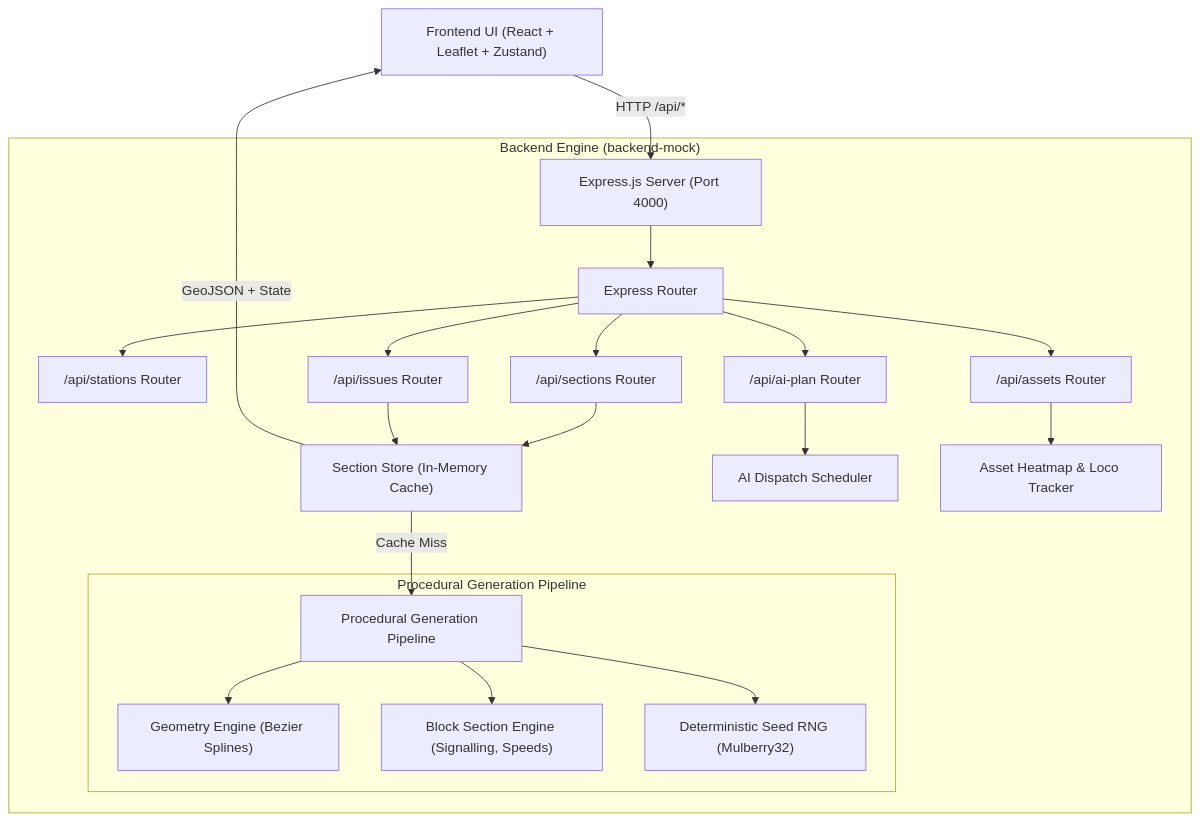
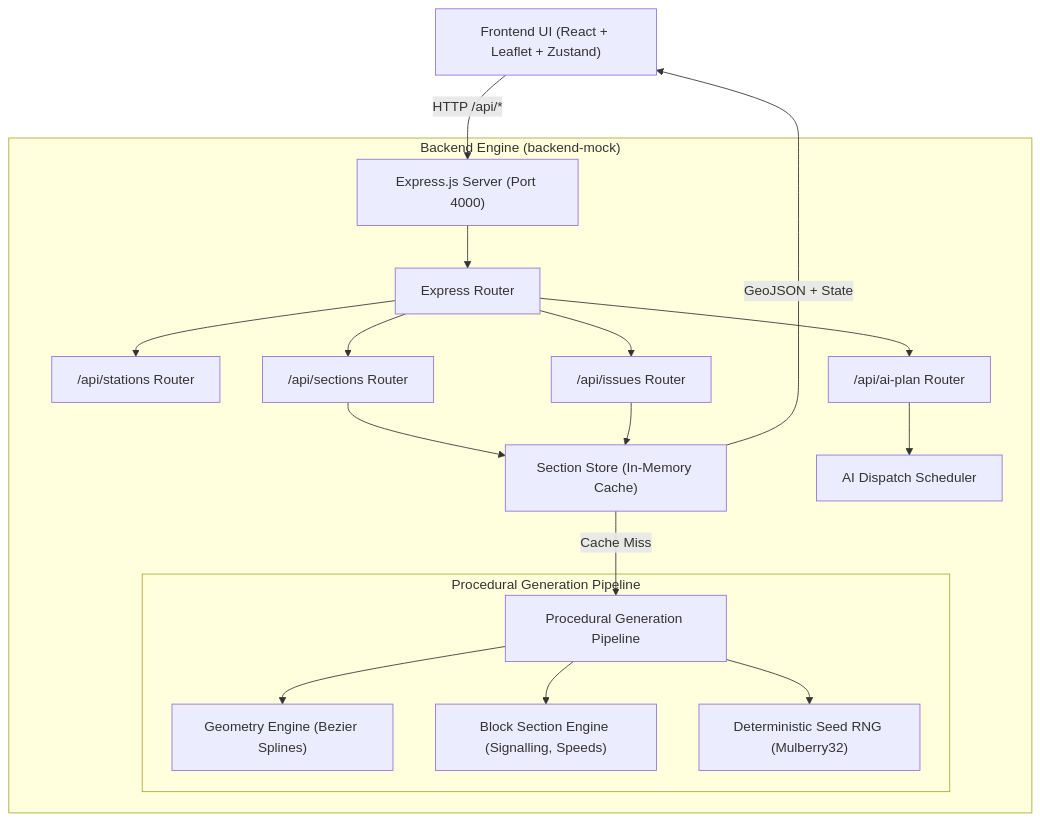
The diagram in backend-mock/README.md (Harry260/SIH26027), drawn with Mermaid before and after one commit. The commit also changed other lines of this file and 25 other files, not shown here.

````diff
--- a/backend-mock/README.md
+++ b/backend-mock/README.md
@@ -43,28 +41,26 @@
 ```mermaid
 graph TD
     Client["Frontend UI (React + Leaflet + Zustand)"] -->|"HTTP /api/*"| Express["Express.js Server (Port 4000)"]
     
     subgraph "Backend Engine (backend-mock)"
         Express --> Router["Express Router"]
         Router --> SRouter["/api/stations Router"]
         Router --> SecRouter["/api/sections Router"]
         Router --> AIRouter["/api/ai-plan Router"]
-        Router --> AsRouter["/api/assets Router"]
         Router --> IssRouter["/api/issues Router"]
 
         SecRouter --> Store["Section Store (In-Memory Cache)"]
         Store -->|"Cache Miss"| Pipeline["Procedural Generation Pipeline"]
         
         subgraph "Procedural Generation Pipeline"
             Pipeline --> GeoGen["Geometry Engine (Bezier Splines)"]
             Pipeline --> BlkGen["Block Section Engine (Signalling, Speeds)"]
             Pipeline --> RngGen["Deterministic Seed RNG (Mulberry32)"]
         end
 
         AIRouter --> AIEngine["AI Dispatch Scheduler"]
-        AsRouter --> AssetEngine["Asset Heatmap & Loco Tracker"]
         IssRouter --> Store
     end
 
     Store -->|"GeoJSON + State"| Client
 ```
````
